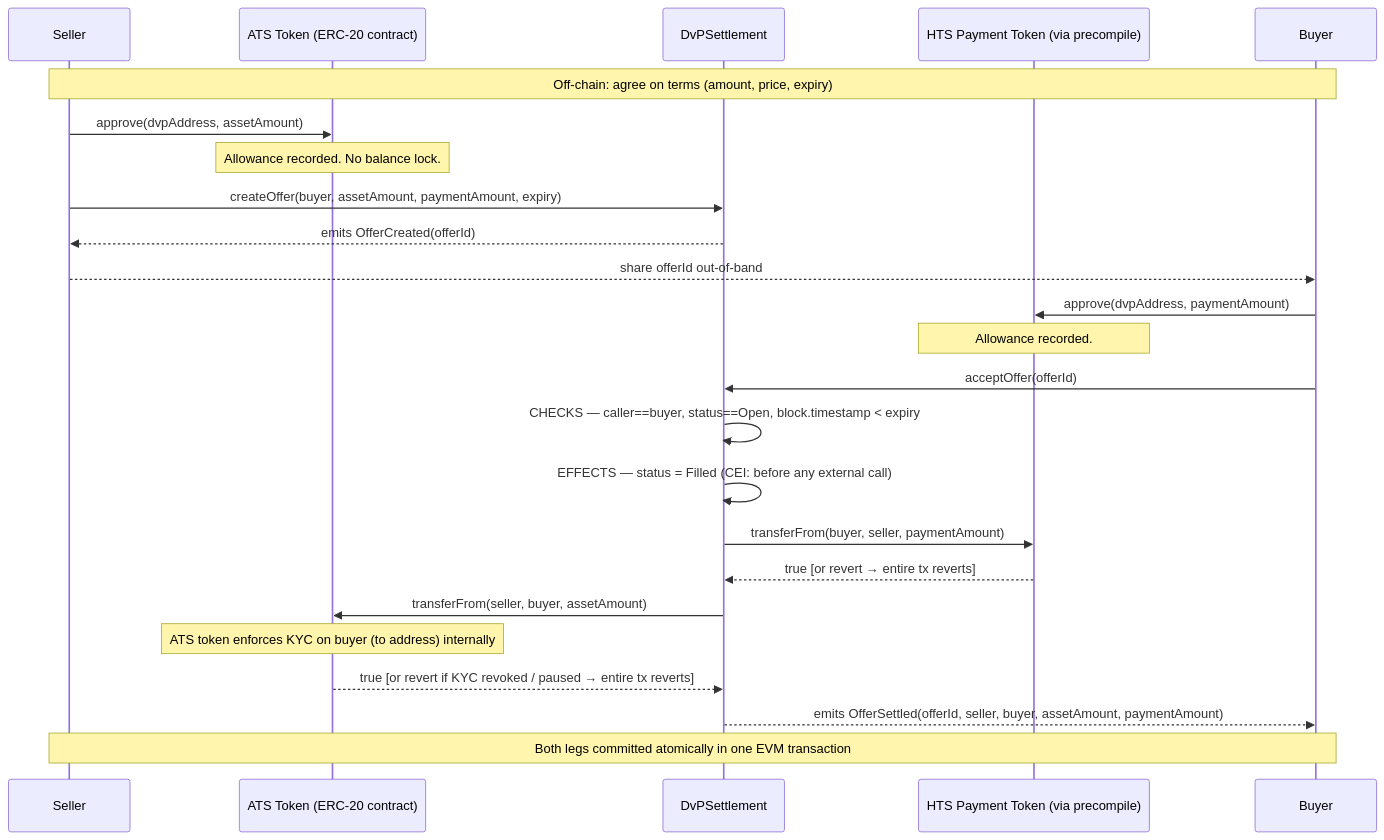
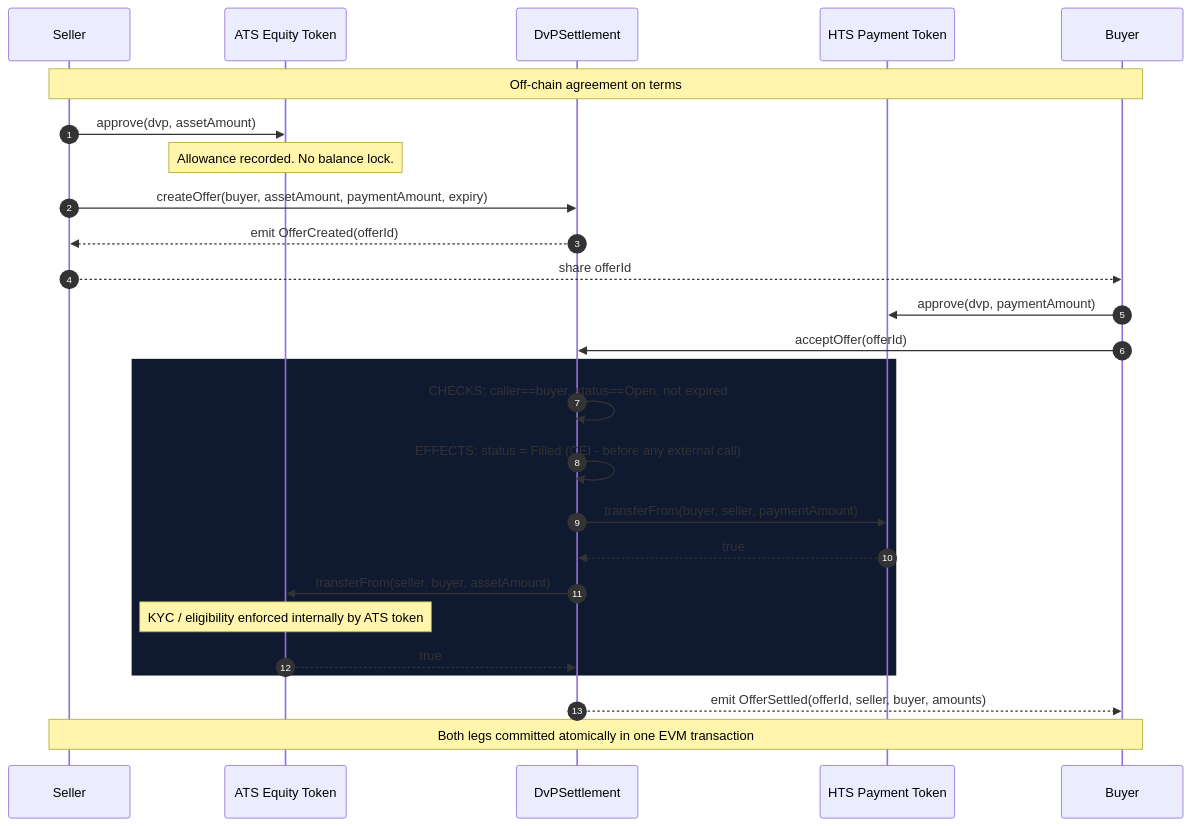
One commit to De-real-iManuel/scaffold-hbar-ats-dvp changed the first of 7 diagrams in docs/architecture.md. Above: the diagram before and after it, drawn with Mermaid. The commit also changed other lines of this file and 5 other files, not shown here.

Commit message:
feat: real ATS factory in script 2, fix frontend nav/UX, README with Mermaid diagrams

````diff
--- a/docs/architecture.md
+++ b/docs/architecture.md
@@ -5,35 +5,35 @@
 ```mermaid
 sequenceDiagram
+    autonumber
     participant S as Seller
-    participant ATS as ATS Token (ERC-20 contract)
+    participant ATS as ATS Equity Token
     participant DVP as DvPSettlement
-    participant HTS as HTS Payment Token (via precompile)
+    participant HTS as HTS Payment Token
     participant B as Buyer
 
-    Note over S,B: Off-chain: agree on terms (amount, price, expiry)
+    Note over S,B: Off-chain agreement on terms
 
-    S->>ATS: approve(dvpAddress, assetAmount)
+    S->>ATS: approve(dvp, assetAmount)
     Note over ATS: Allowance recorded. No balance lock.
 
     S->>DVP: createOffer(buyer, assetAmount, paymentAmount, expiry)
-    DVP-->>S: emits OfferCreated(offerId)
+    DVP-->>S: emit OfferCreated(offerId)
+    S-->>B: share offerId
 
-    S-->>B: share offerId out-of-band
-
-    B->>HTS: approve(dvpAddress, paymentAmount)
-    Note over HTS: Allowance recorded.
+    B->>HTS: approve(dvp, paymentAmount)
 
     B->>DVP: acceptOffer(offerId)
-    DVP->>DVP: CHECKS — caller==buyer, status==Open, block.timestamp < expiry
-    DVP->>DVP: EFFECTS — status = Filled (CEI: before any external call)
 
-    DVP->>HTS: transferFrom(buyer, seller, paymentAmount)
-    HTS-->>DVP: true  [or revert → entire tx reverts]
+    rect rgb(15, 25, 48)
+        DVP->>DVP: CHECKS: caller==buyer, status==Open, not expired
+        DVP->>DVP: EFFECTS: status = Filled (CEI - before any external call)
+        DVP->>HTS: transferFrom(buyer, seller, paymentAmount)
+        HTS-->>DVP: true
+        DVP->>ATS: transferFrom(seller, buyer, assetAmount)
+        Note over ATS: KYC / eligibility enforced internally by ATS token
+        ATS-->>DVP: true
+    end
 
-    DVP->>ATS: transferFrom(seller, buyer, assetAmount)
-    Note over ATS: ATS token enforces KYC on buyer (to address) internally
-    ATS-->>DVP: true  [or revert if KYC revoked / paused → entire tx reverts]
-
-    DVP-->>B: emits OfferSettled(offerId, seller, buyer, assetAmount, paymentAmount)
+    DVP-->>B: emit OfferSettled(offerId, seller, buyer, amounts)
     Note over S,B: Both legs committed atomically in one EVM transaction
 ```
````
